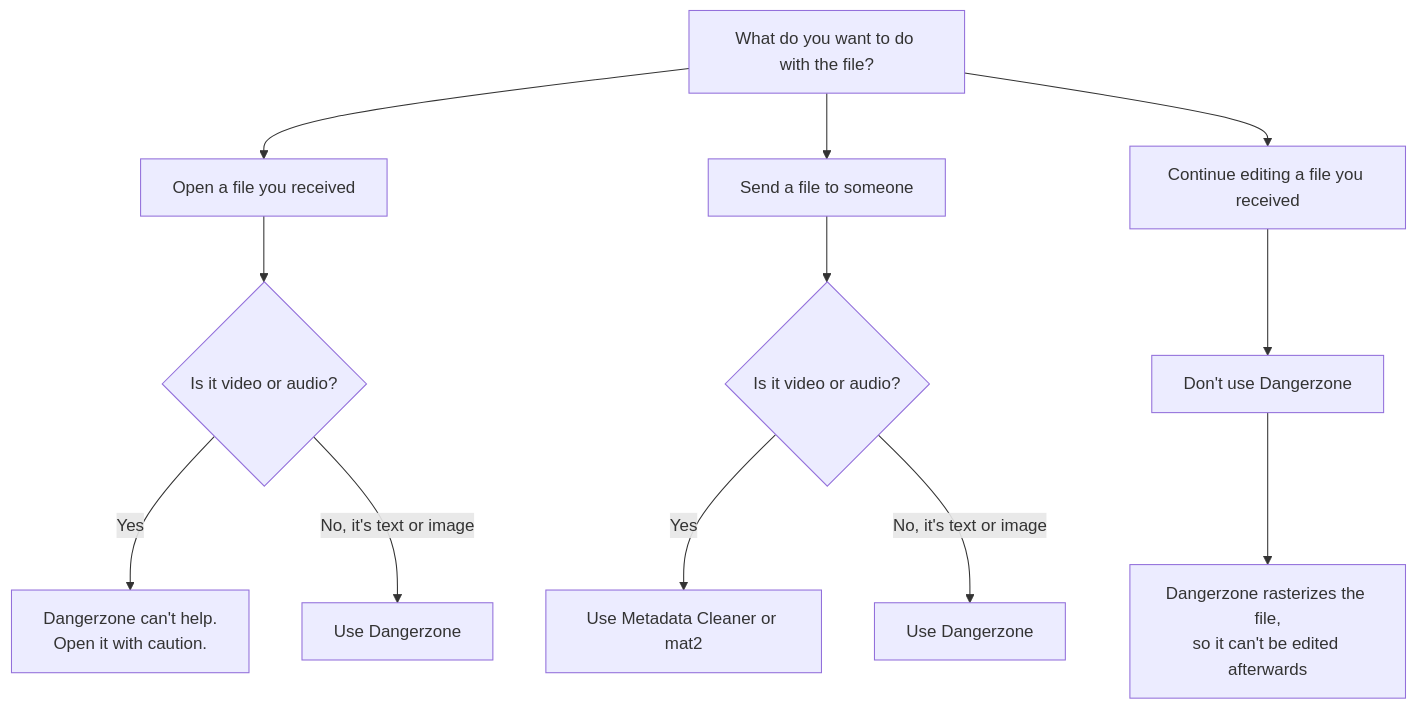
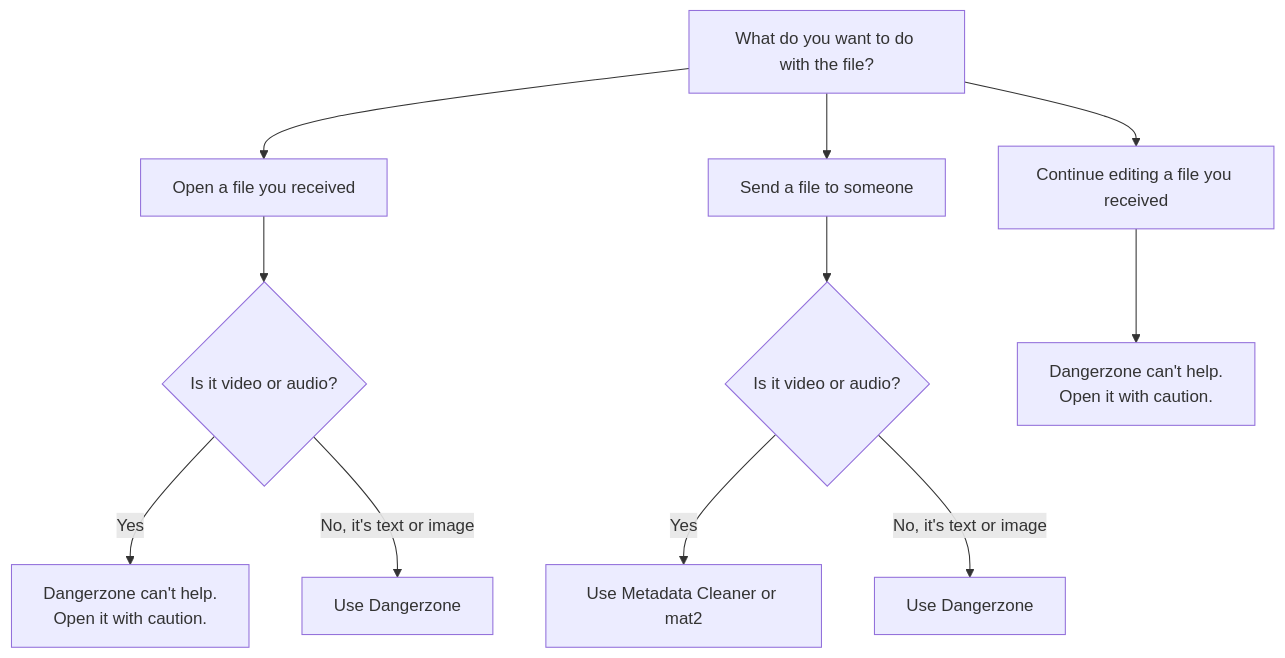
One commit to freedomofpress/dangerzone changed the diagram in docs/explanation/when-to-use-dangerzone.md. Above: the diagram before and after it, drawn with Mermaid. The commit also changed other lines of this file and 70 other files, not shown here.

````diff
--- a/docs/explanation/when-to-use-dangerzone.md
+++ b/docs/explanation/when-to-use-dangerzone.md
@@ -14,17 +11,16 @@
 ```mermaid
 flowchart TD
     A[What do you want to do with the file?] --> B[Open a file you received]
     A --> C[Send a file to someone]
     A --> D[Continue editing a file you received]
 
     B --> B1{Is it video or audio?}
     B1 -->|Yes| B2[Dangerzone can't help.<br/>Open it with caution.]
     B1 -->|No, it's text or image| B3[Use Dangerzone]
 
     C --> C1{Is it video or audio?}
     C1 -->|Yes| C2[Use Metadata Cleaner or mat2]
     C1 -->|No, it's text or image| C3[Use Dangerzone]
 
-    D --> D1[Don't use Dangerzone]
-    D1 --> D2[Dangerzone rasterizes the file,<br/>so it can't be edited afterwards]
+    D --> D2[Dangerzone can't help.<br/>Open it with caution.]
 ```
````
